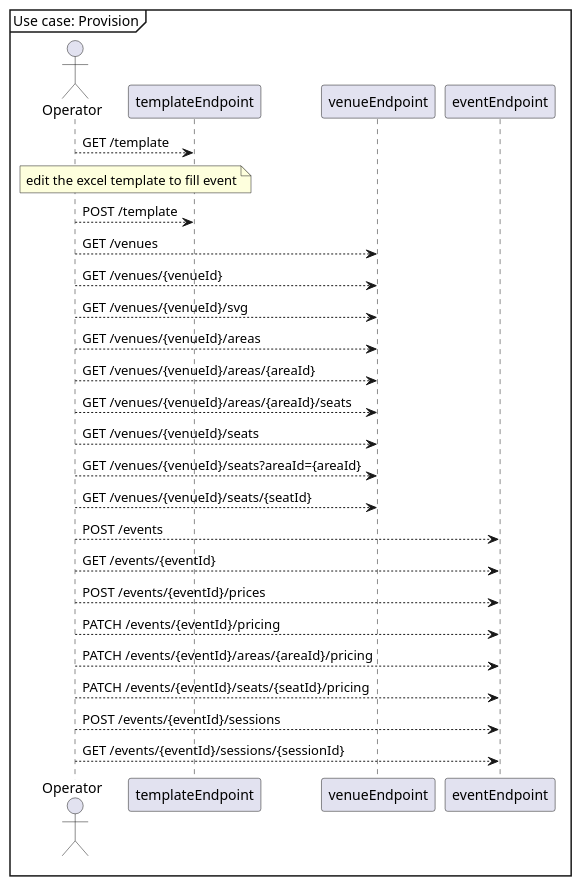
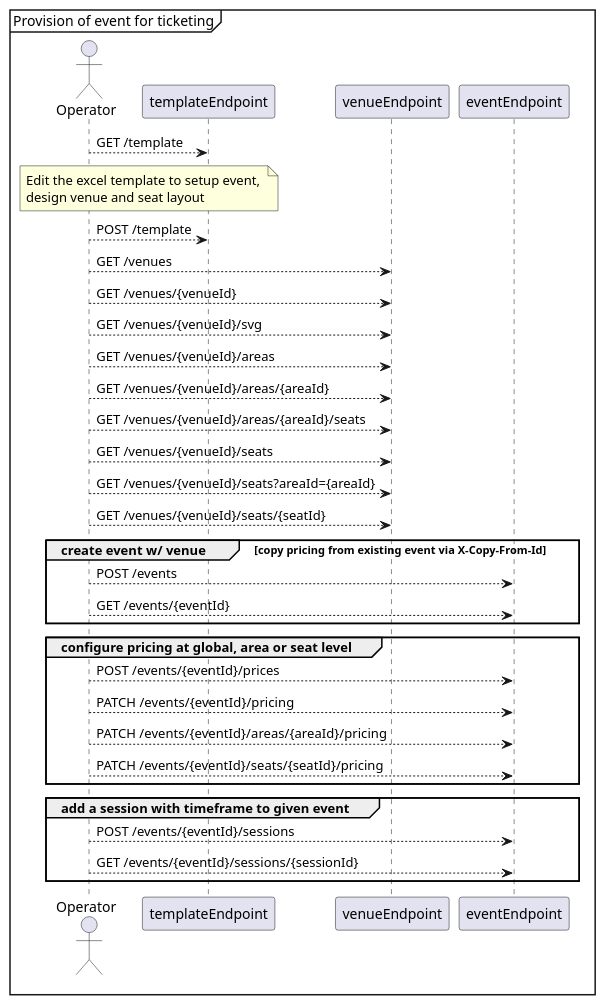
One commit to grantsunny/JTicket changed the diagram in uml/provision.plantuml. Above: the diagram before and after it, drawn with PlantUML. The commit also changed 2 other files, not shown here.

Commit message:
Added more UML documents

```diff
--- a/uml/provision.plantuml
+++ b/uml/provision.plantuml
@@ -1,36 +1,43 @@
 @startuml
-mainframe Use case: Provision
+mainframe Provision of event for ticketing 
 
 actor Operator
 Participant templateEndpoint
 Participant venueEndpoint
 Participant eventEndpoint
 
 
 Operator --> templateEndpoint: GET /template
 note over Operator, templateEndpoint
-edit the excel template to fill event
+Edit the excel template to setup event, 
+design venue and seat layout
 end note
 Operator --> templateEndpoint: POST /template
 Operator --> venueEndpoint: GET /venues
 Operator --> venueEndpoint: GET /venues/{venueId}
 Operator --> venueEndpoint: GET /venues/{venueId}/svg
 Operator --> venueEndpoint: GET /venues/{venueId}/areas
 Operator --> venueEndpoint: GET /venues/{venueId}/areas/{areaId}
 Operator --> venueEndpoint: GET /venues/{venueId}/areas/{areaId}/seats
 Operator --> venueEndpoint: GET /venues/{venueId}/seats
 Operator --> venueEndpoint: GET /venues/{venueId}/seats?areaId={areaId}
 Operator --> venueEndpoint: GET /venues/{venueId}/seats/{seatId}
 
+group create event w/ venue [copy pricing from existing event via X-Copy-From-Id]
 Operator --> eventEndpoint: POST /events
 Operator --> eventEndpoint: GET /events/{eventId}
+end
+
+group configure pricing at global, area or seat level
 Operator --> eventEndpoint: POST /events/{eventId}/prices
 Operator --> eventEndpoint: PATCH /events/{eventId}/pricing
 Operator --> eventEndpoint: PATCH /events/{eventId}/areas/{areaId}/pricing
 Operator --> eventEndpoint: PATCH /events/{eventId}/seats/{seatId}/pricing
+end 
 
+group add a session with timeframe to given event
 Operator --> eventEndpoint: POST /events/{eventId}/sessions
 Operator --> eventEndpoint: GET /events/{eventId}/sessions/{sessionId}
-
+end
 
 @enduml
```
